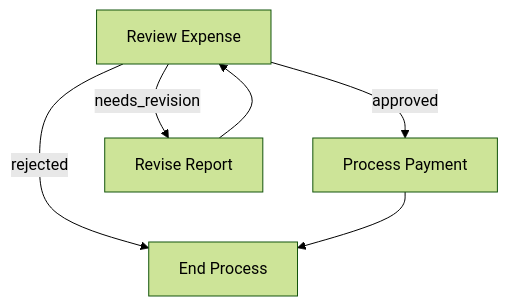
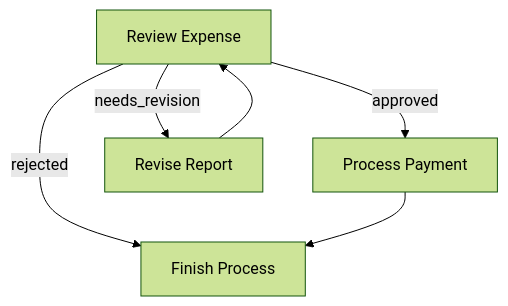
The first of 2 diagrams in docs/flow.md (yuwei2010/PocketFlow), drawn with Mermaid (forest theme) before and after one commit. The commit also changed other lines of this file, not shown here.

````diff
--- a/docs/flow.md
+++ b/docs/flow.md
@@ -73,9 +73,9 @@
 ```mermaid
 flowchart TD
     review[Review Expense] -->|approved| payment[Process Payment]
     review -->|needs_revision| revise[Revise Report]
-    review -->|rejected| finish[End Process]
+    review -->|rejected| finish[Finish Process]
 
     revise --> review
     payment --> finish
 ```
````
